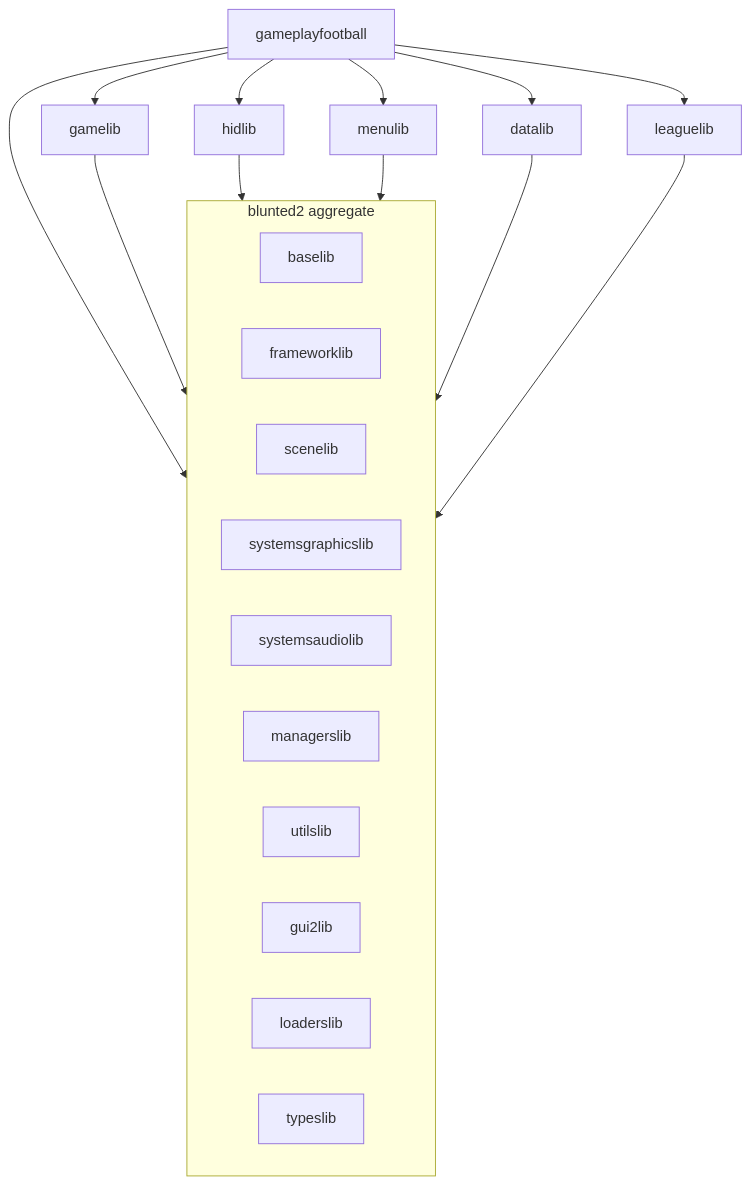
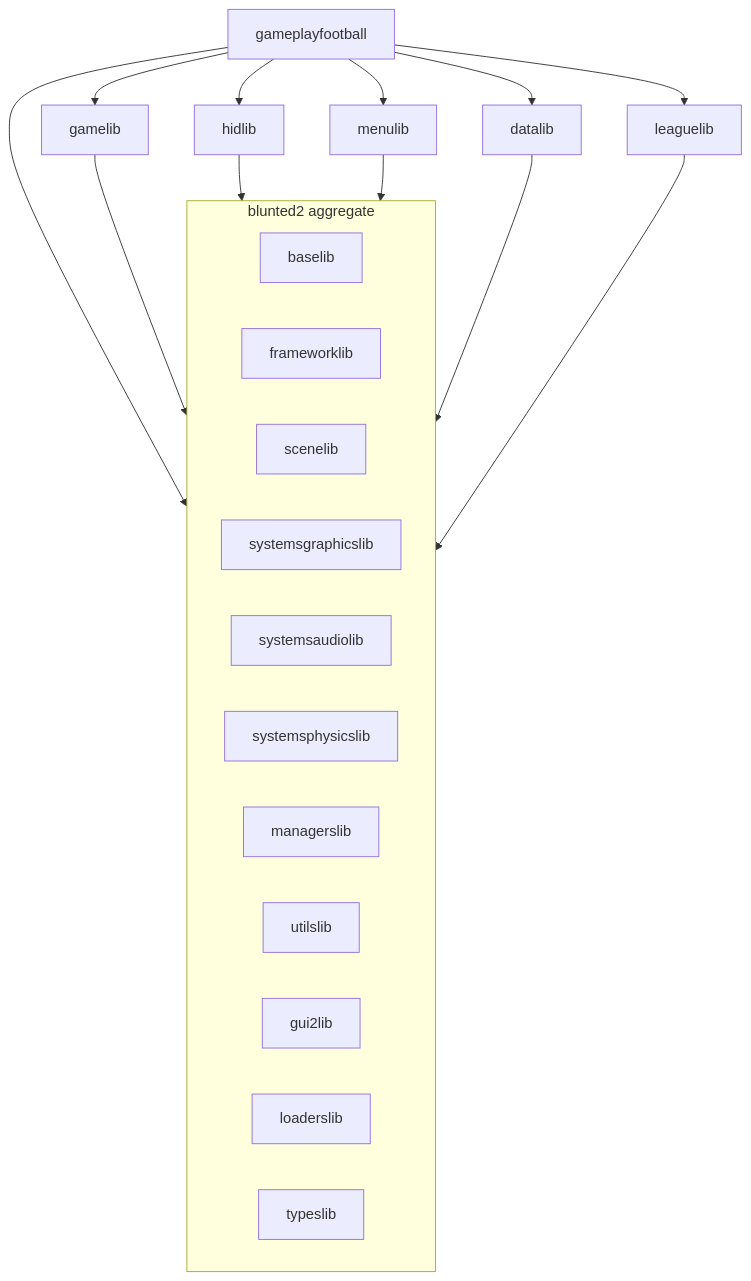
Before and after one commit to TechnoMechno/GameplayFootball: the first of 10 diagrams in DIAGRAMS.md, drawn with Mermaid. The commit also changed other lines of this file and 2 other files, not shown here.

````diff
--- a/DIAGRAMS.md
+++ b/DIAGRAMS.md
@@ -5,30 +5,31 @@
 ```mermaid
 graph TD
     exe[gameplayfootball]
 
     exe --> gamelib
     exe --> hidlib
     exe --> menulib
     exe --> datalib
     exe --> leaguelib
     exe --> blunted2
 
     gamelib --> blunted2
     hidlib --> blunted2
     menulib --> blunted2
     datalib --> blunted2
     leaguelib --> blunted2
 
     subgraph blunted2 [blunted2 aggregate]
         baselib
         frameworklib
         scenelib
         systemsgraphicslib
         systemsaudiolib
+        systemsphysicslib
         managerslib
         utilslib
         gui2lib
         loaderslib
         typeslib
     end
 ```
````
